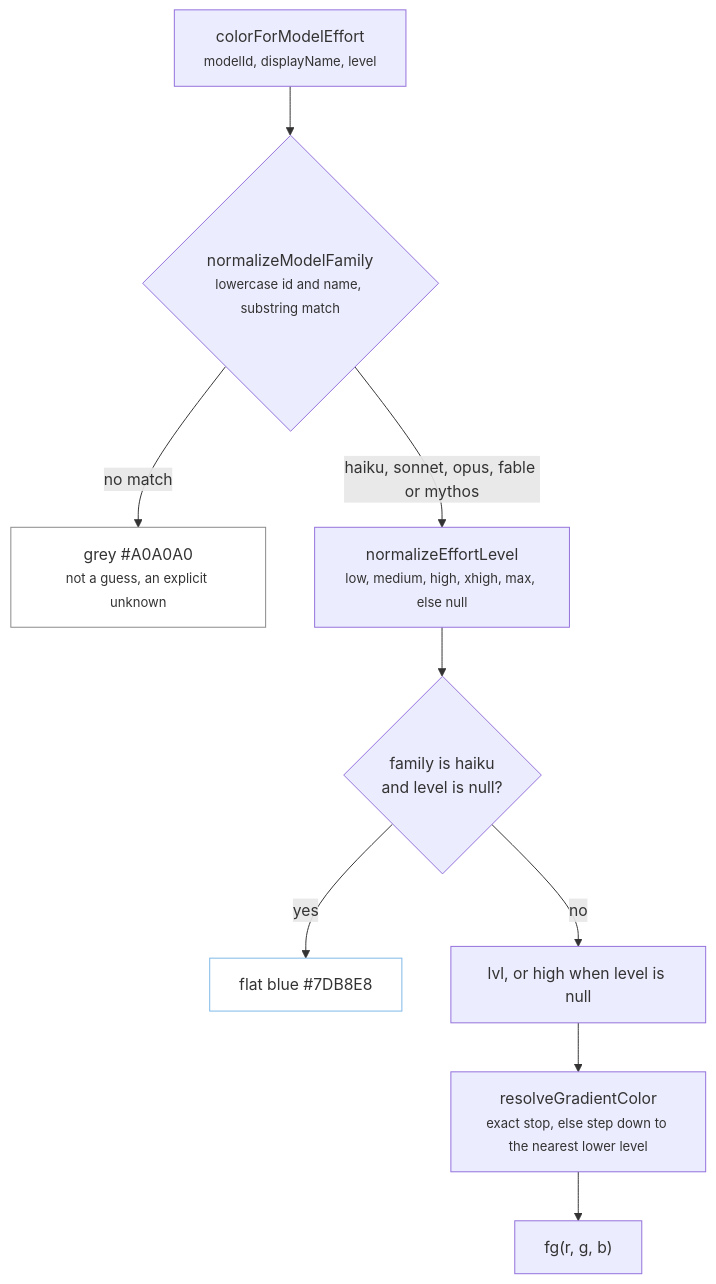
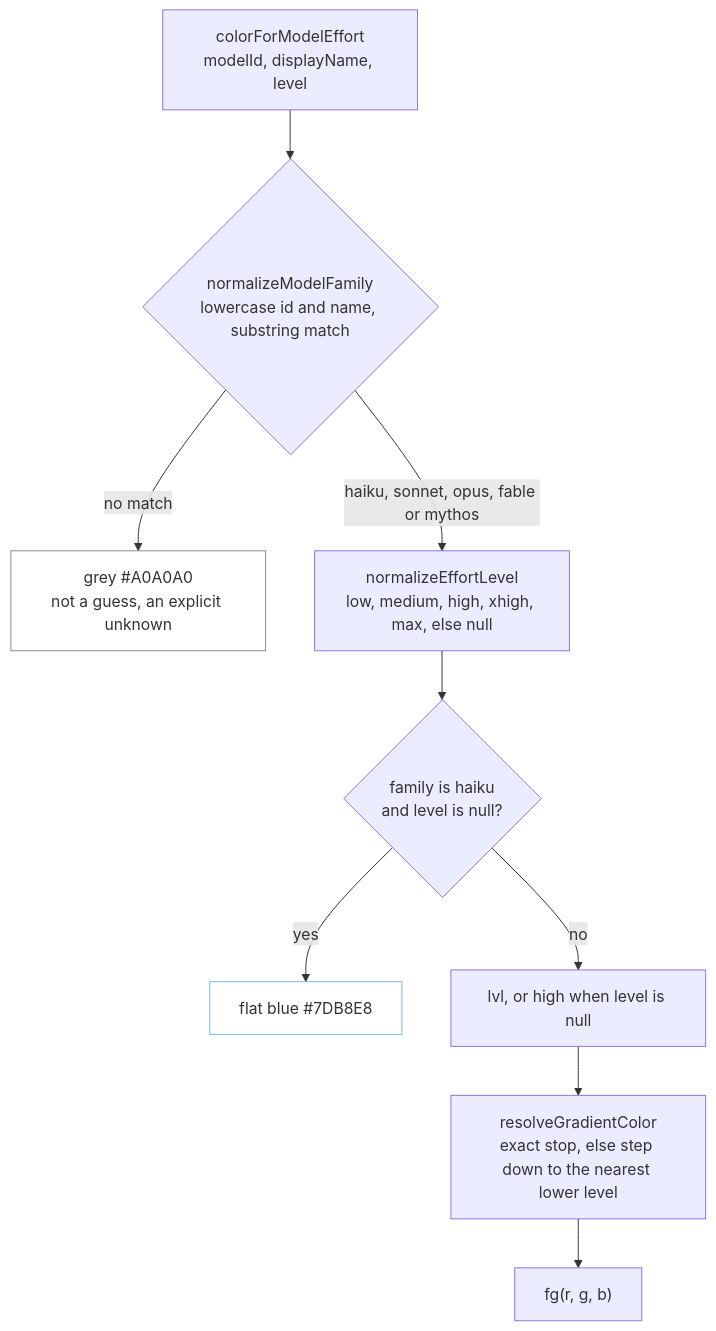
The first of 2 diagrams in diagrams/color-wheel.md (carterptull/ampline-claude), drawn with Mermaid before and after one commit. The commit also changed other lines of this file and 6 other files, not shown here.

Commit message:
docs: remove small tags from all diagrams and note why in the syntax rules

````diff
--- a/diagrams/color-wheel.md
+++ b/diagrams/color-wheel.md
@@ -8,22 +8,22 @@
 ```mermaid
 flowchart TB
-    in["colorForModelEffort<br/><small>modelId, displayName, level</small>"]
-    fam{"normalizeModelFamily<br/><small>lowercase id and name, substring match</small>"}
-    unknown["grey #A0A0A0<br/><small>not a guess, an explicit unknown</small>"]
-    eff["normalizeEffortLevel<br/><small>low, medium, high, xhigh, max, else null</small>"]
+    in["colorForModelEffort<br/>modelId, displayName, level"]
+    fam{"normalizeModelFamily<br/>lowercase id and name, substring match"}
+    unknown["grey #A0A0A0<br/>not a guess, an explicit unknown"]
+    eff["normalizeEffortLevel<br/>low, medium, high, xhigh, max, else null"]
     hk{"family is haiku<br/>and level is null?"}
     flat["flat blue #7DB8E8"]
     pick["lvl, or high when level is null"]
-    res["resolveGradientColor<br/><small>exact stop, else step down to the nearest lower level</small>"]
+    res["resolveGradientColor<br/>exact stop, else step down to the nearest lower level"]
     out["fg(r, g, b)"]
 
     in --> fam
     fam -->|"no match"| unknown
     fam -->|"haiku, sonnet, opus, fable or mythos"| eff
     eff --> hk
     hk -->|yes| flat
     hk -->|no| pick --> res --> out
 
     style unknown fill:transparent,stroke:#888
     style flat fill:transparent,stroke:#7DB8E8
 ```
````
